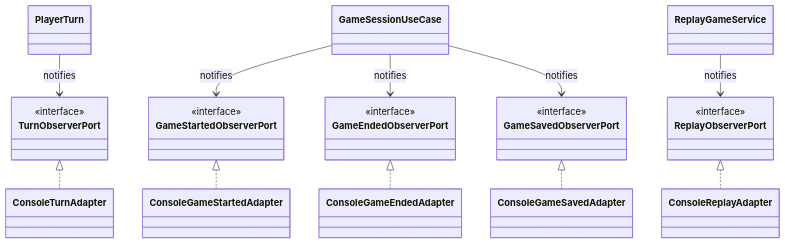
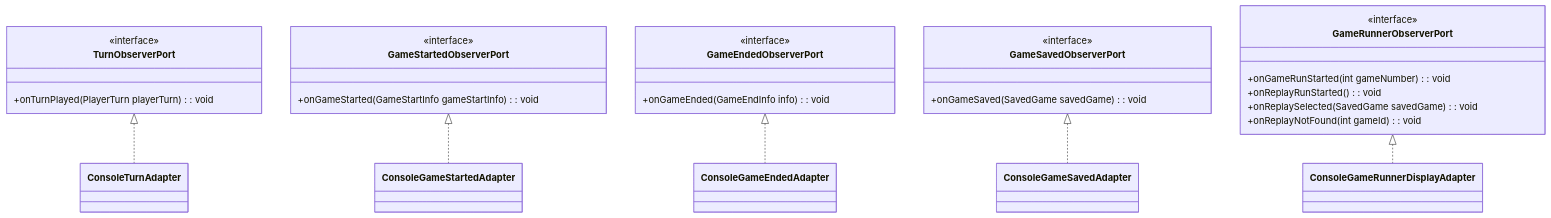
Diagram 21 of 22 in README.md (SirRmelTheThird/HyperJump), drawn with Mermaid before and after one commit. The commit also changed other lines of this file, not shown here.

````diff
--- a/README.md
+++ b/README.md
@@ -1178,50 +1106,48 @@
 ```mermaid
 classDiagram
+    direction TB
+
     TurnObserverPort <|.. ConsoleTurnAdapter
     GameStartedObserverPort <|.. ConsoleGameStartedAdapter
     GameEndedObserverPort <|.. ConsoleGameEndedAdapter
     GameSavedObserverPort <|.. ConsoleGameSavedAdapter
-    ReplayObserverPort <|.. ConsoleReplayAdapter
-
-    PlayerTurn --> TurnObserverPort : notifies
-    GameSessionUseCase --> GameStartedObserverPort : notifies
-    GameSessionUseCase --> GameEndedObserverPort : notifies
-    GameSessionUseCase --> GameSavedObserverPort : notifies
-    ReplayGameService --> ReplayObserverPort : notifies
-
-    class PlayerTurn
-
-    class GameSessionUseCase
-
-    class ReplayGameService
+    GameRunnerObserverPort <|.. ConsoleGameRunnerDisplayAdapter
 
     class TurnObserverPort {
         <<interface>>
+        +onTurnPlayed(PlayerTurn playerTurn): void
     }
 
     class GameStartedObserverPort {
         <<interface>>
+        +onGameStarted(GameStartInfo gameStartInfo): void
     }
 
     class GameEndedObserverPort {
         <<interface>>
+        +onGameEnded(GameEndInfo info): void
     }
 
     class GameSavedObserverPort {
         <<interface>>
+        +onGameSaved(SavedGame savedGame): void
     }
 
-    class ReplayObserverPort {
+    class GameRunnerObserverPort {
         <<interface>>
+        +onGameRunStarted(int gameNumber): void
+        +onReplayRunStarted(): void
+        +onReplaySelected(SavedGame savedGame): void
+        +onReplayNotFound(int gameId): void
     }
 
     class ConsoleTurnAdapter
 
     class ConsoleGameStartedAdapter
 
     class ConsoleGameEndedAdapter
 
     class ConsoleGameSavedAdapter
 
-    class ConsoleReplayAdapter
+    class ConsoleGameRunnerDisplayAdapter
 ```
````
